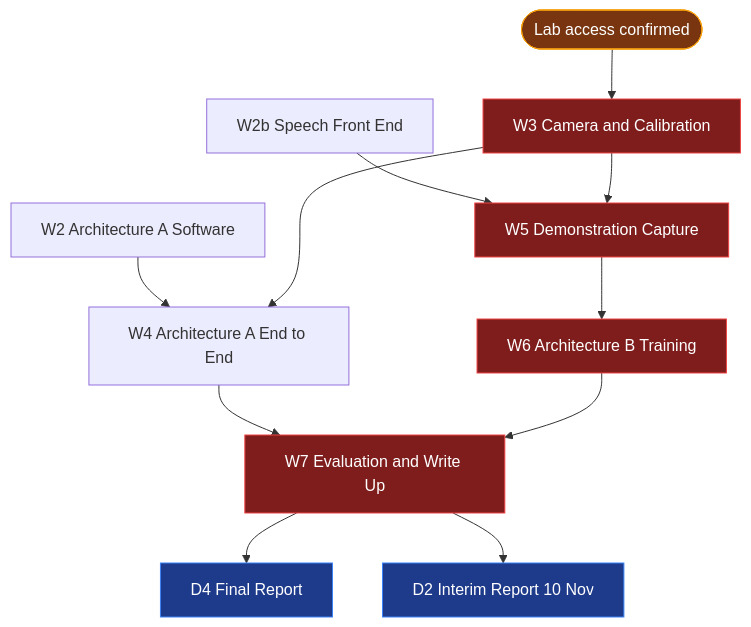
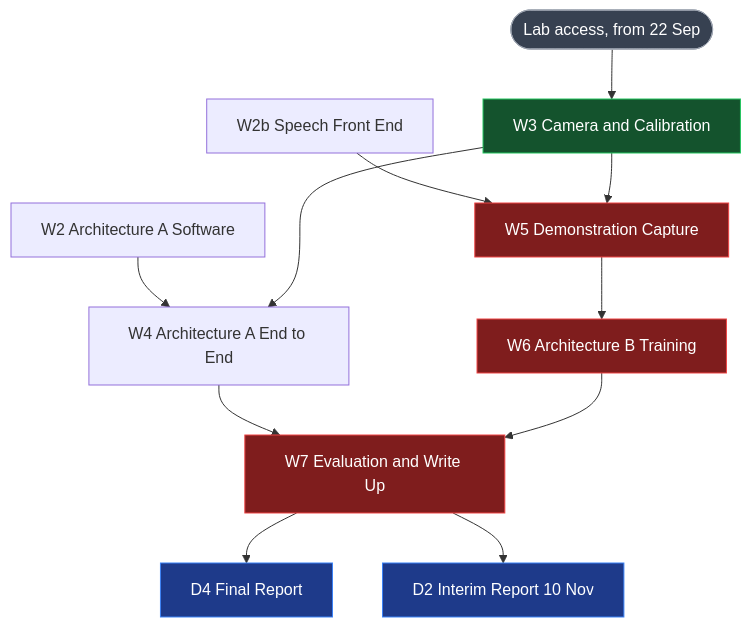
One commit to jjietay/fyp-vla-ur5e changed the first of 3 diagrams in docs/plan_vault/Flowchart of Architecture and Dependencies.md. Above: the diagram before and after it, drawn with Mermaid. The commit also changed other lines of this file and 36 other files, not shown here.

````diff
--- a/docs/plan_vault/Flowchart of Architecture and Dependencies.md
+++ b/docs/plan_vault/Flowchart of Architecture and Dependencies.md
@@ -15,29 +15,30 @@
 ```mermaid
 flowchart TD
-    LAB([Lab access confirmed]):::blocker
+    LAB([Lab access, from 22 Sep]):::done
     W2[W2 Architecture A Software]
     W2B[W2b Speech Front End]
-    W3[W3 Camera and Calibration]:::crit
+    W3[W3 Camera and Calibration]:::doing
     W4[W4 Architecture A End to End]
     W5[W5 Demonstration Capture]:::crit
     W6[W6 Architecture B Training]:::crit
     W7[W7 Evaluation and Write Up]:::crit
     D4[D4 Final Report]:::deliver
     D2[D2 Interim Report 10 Nov]:::deliver
 
     W2 --> W4
     W2B --> W5
     LAB --> W3
     W3 --> W4
     W3 --> W5
     W4 --> W7
     W5 --> W6
     W6 --> W7
     W7 --> D4
     W7 --> D2
 
     classDef crit fill:#7f1d1d,stroke:#ef4444,color:#fff
     classDef blocker fill:#78350f,stroke:#f59e0b,color:#fff
     classDef doing fill:#14532d,stroke:#22c55e,color:#fff
     classDef deliver fill:#1e3a8a,stroke:#3b82f6,color:#fff
+    classDef done fill:#374151,stroke:#9ca3af,color:#fff
 ```
````
